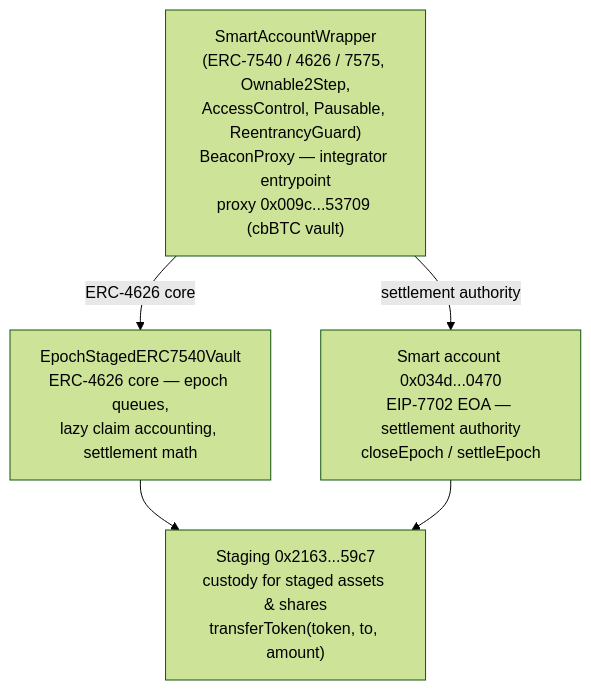
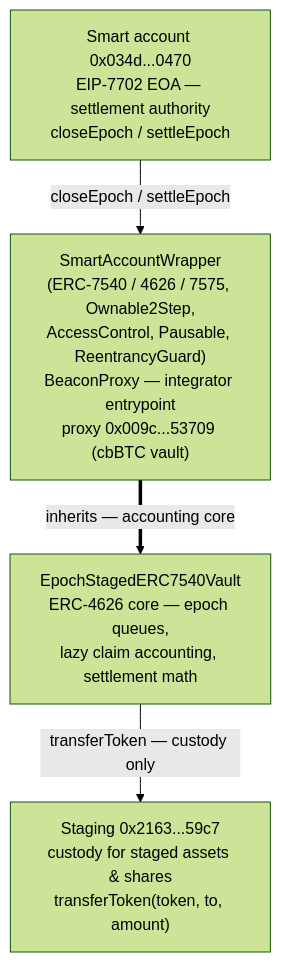
One commit to K3-Capital/k3-vault-docs changed the first of 2 diagrams in architecture/system-design.md. Above: the diagram before and after it, drawn with Mermaid (forest theme).

Commit message:
docs: fix System design component map per review (KOP-290)
- Show EpochStagedERC7540Vault as the wrapper's inherited accounting core
  (thick inheritance link) rather than a deployed downstream component.
- Route closeEpoch/settleEpoch from the smart account to the wrapper.
- Drop Account -> Staging; keep Staging reached only via the vault's
  transferToken (custody-only), resolving the review findings.

````diff
--- a/architecture/system-design.md
+++ b/architecture/system-design.md
@@ -7,12 +7,11 @@
 ```mermaid
 flowchart TB
     Wrapper["SmartAccountWrapper<br/>(ERC-7540 / 4626 / 7575, Ownable2Step,<br/>AccessControl, Pausable, ReentrancyGuard)<br/>BeaconProxy — integrator entrypoint<br/>proxy 0x009c...53709 (cbBTC vault)"]
     Vault["EpochStagedERC7540Vault<br/>ERC-4626 core — epoch queues,<br/>lazy claim accounting, settlement math"]
     Account["Smart account 0x034d...0470<br/>EIP-7702 EOA — settlement authority<br/>closeEpoch / settleEpoch"]
     Staging["Staging 0x2163...59c7<br/>custody for staged assets & shares<br/>transferToken(token, to, amount)"]
 
-    Wrapper -->|ERC-4626 core| Vault
-    Wrapper -->|settlement authority| Account
-    Vault --> Staging
-    Account --> Staging
+    Wrapper ==>|inherits — accounting core| Vault
+    Account -->|closeEpoch / settleEpoch| Wrapper
+    Vault -->|transferToken — custody only| Staging
 ```
````
